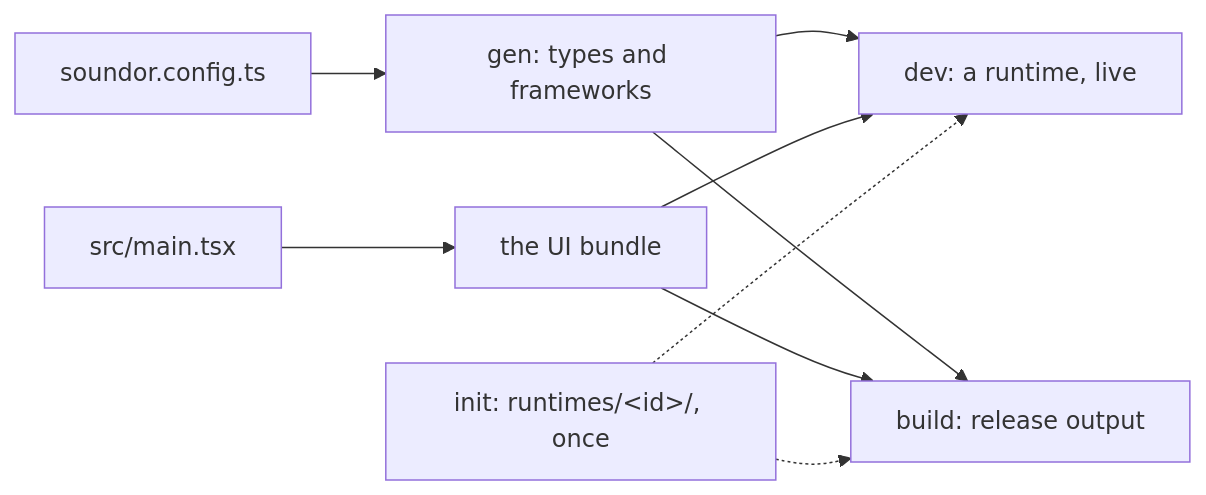
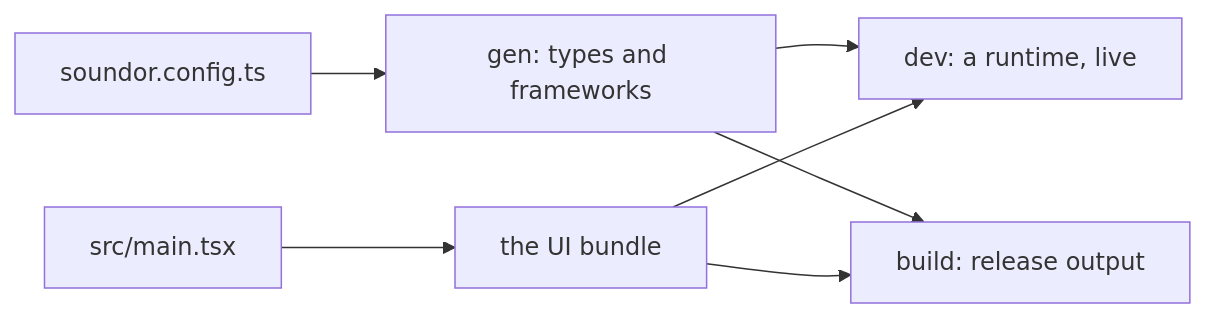
One commit to soundor/soundor changed the diagram in apps/website/content/docs/cli/index.md. Above: the diagram before and after it, drawn with Mermaid. The commit also changed other lines of this file and 61 other files, not shown here.

````diff
--- a/apps/website/content/docs/cli/index.md
+++ b/apps/website/content/docs/cli/index.md
@@ -35,11 +34,9 @@
 ```mermaid
 flowchart LR
     config["soundor.config.ts"] --> gen["gen: types and frameworks"]
     src["src/main.tsx"] --> bundle["the UI bundle"]
     gen --> dev["dev: a runtime, live"]
     gen --> build["build: release output"]
     bundle --> dev
     bundle --> build
-    init["init: runtimes/&lt;id&gt;/, once"] -.-> dev
-    init -.-> build
 ```
````
